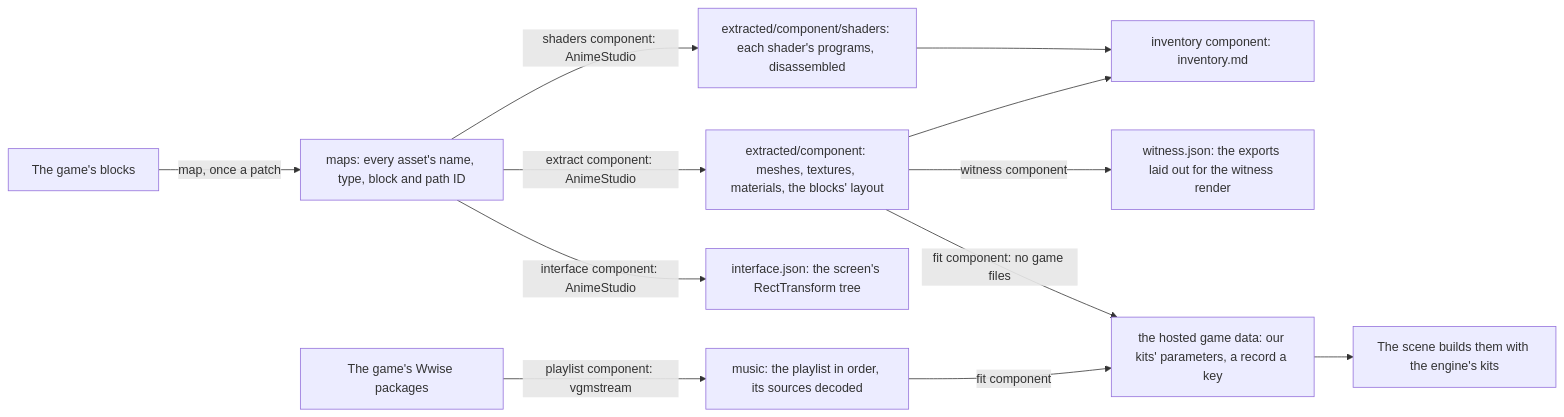
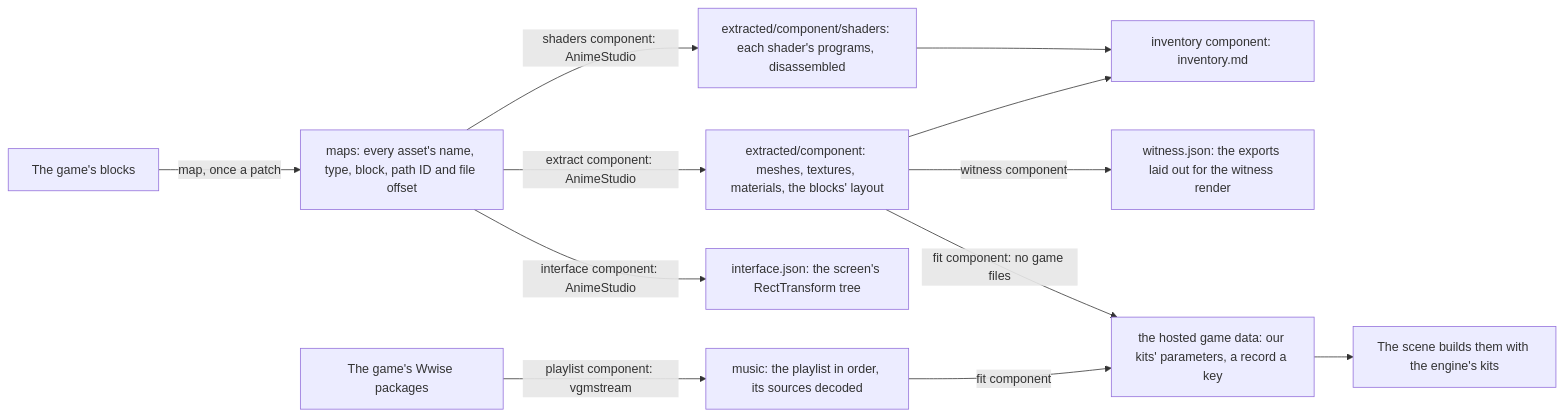
One commit to Esposter/Esposter changed the second of 3 diagrams in apps/web/content/docs/genshin/derived-assets.md. Above: the diagram before and after it, drawn with Mermaid. The commit also changed other lines of this file and 4 other files, not shown here.

First line of the commit message:
docs(genshin): a capital's buildings named through the game's LOD table, every city area its architecture radius reaches read, and a building's prefab file found through its mesh's dependants the asset index lists nothing in

````diff
--- a/apps/web/content/docs/genshin/derived-assets.md
+++ b/apps/web/content/docs/genshin/derived-assets.md
@@ -33,14 +33,14 @@
 ```mermaid
 flowchart LR
-  B[The game's blocks] -->|"map, once a patch"| M["maps: every asset's name, type, block and path ID"]
+  B[The game's blocks] -->|"map, once a patch"| M["maps: every asset's name, type, block, path ID and file offset"]
   M -->|"extract component: AnimeStudio"| E["extracted/component: meshes, textures, materials, the blocks' layout"]
   M -->|"shaders component: AnimeStudio"| S["extracted/component/shaders: each shader's programs, disassembled"]
   E --> I["inventory component: inventory.md"]
   S --> I
   E -->|"witness component"| W["witness.json: the exports laid out for the witness render"]
   M -->|"interface component: AnimeStudio"| U["interface.json: the screen's RectTransform tree"]
   A[The game's Wwise packages] -->|"playlist component: vgmstream"| P["music: the playlist in order, its sources decoded"]
   P -->|"fit component"| D
   E -->|"fit component: no game files"| D["the hosted game data: our kits' parameters, a record a key"]
   D --> K[The scene builds them with the engine's kits]
 ```
````
